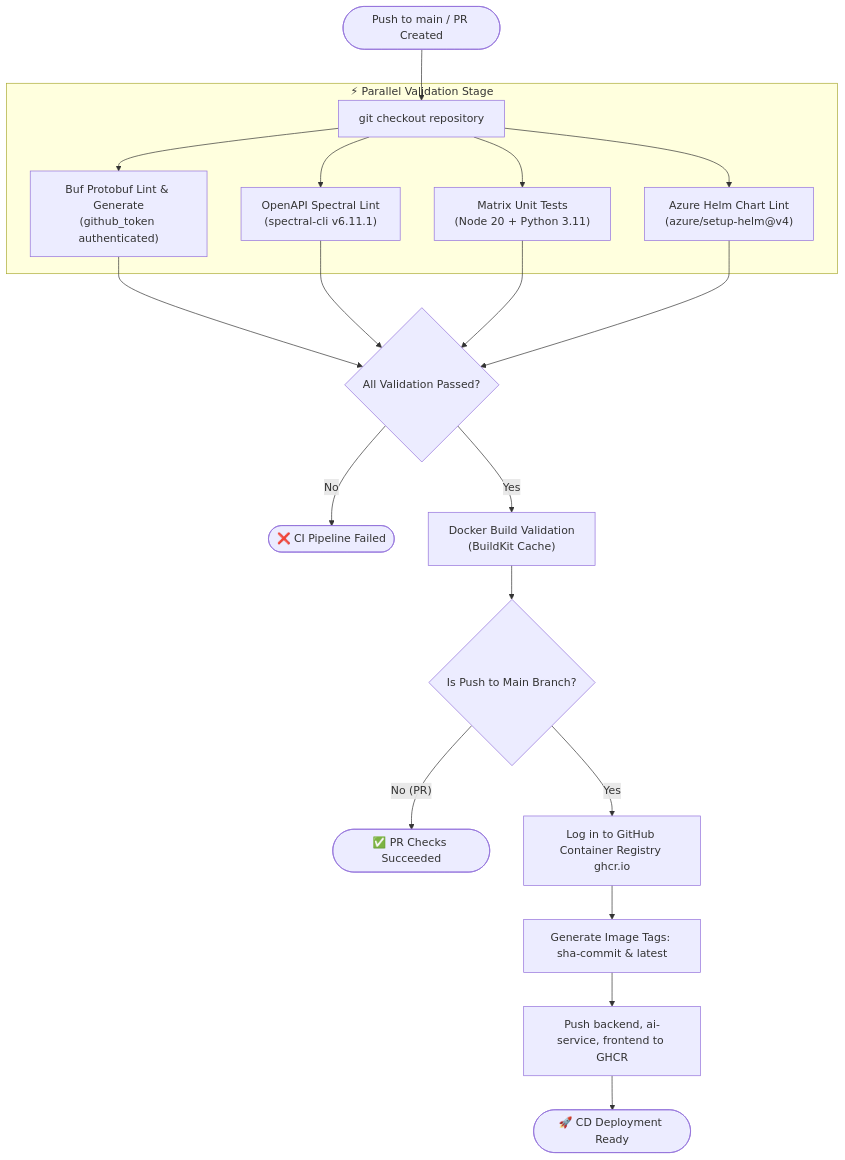
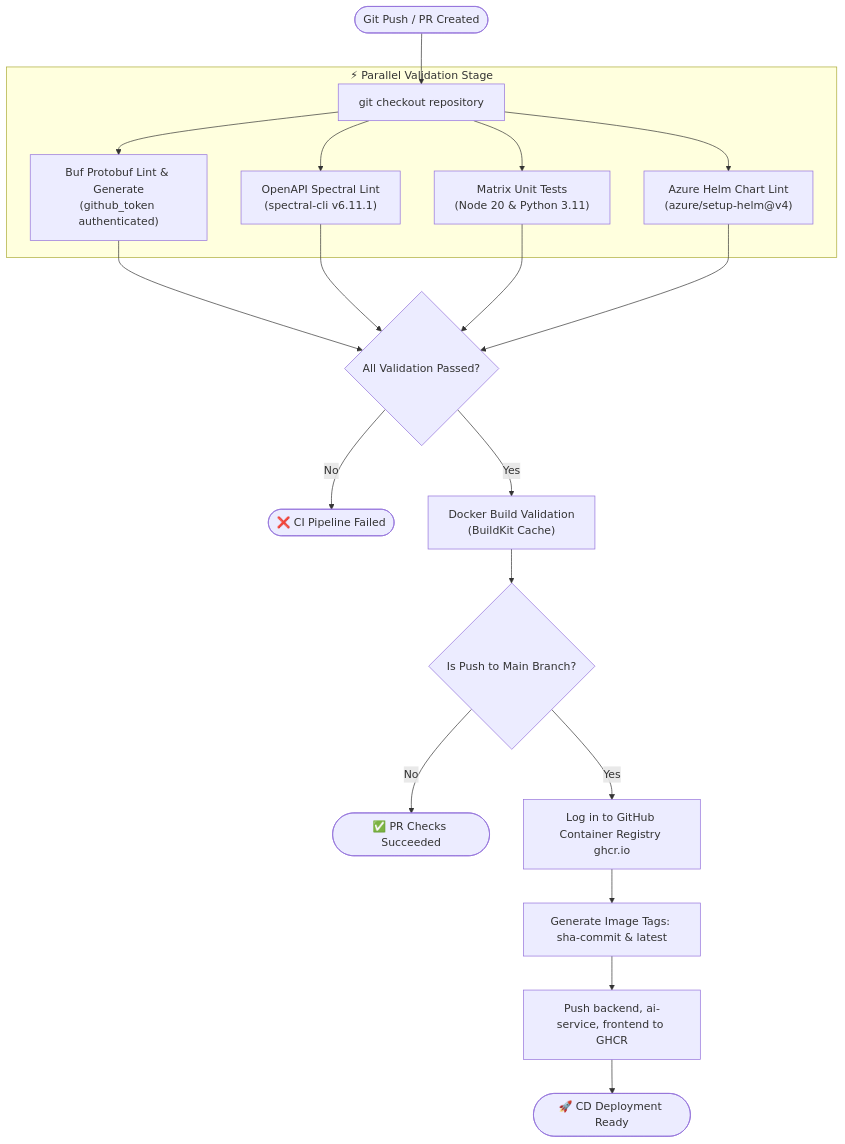
The sixth of 7 diagrams in PROJECT_DIAGRAMS_AND_ARCHITECTURE.md (9046balaji/bank-management-system), drawn with Mermaid before and after one commit. The commit also changed 2 other files, not shown here.

Commit message:
fix(docs): quote node labels and fix shape syntax in Mermaid diagrams for clean rendering

````diff
--- a/PROJECT_DIAGRAMS_AND_ARCHITECTURE.md
+++ b/PROJECT_DIAGRAMS_AND_ARCHITECTURE.md
@@ -325,28 +325,28 @@
 ```mermaid
 flowchart TD
-    Start([Push to main / PR Created]) --> Checkout[git checkout repository]
+    Start(["Git Push / PR Created"]) --> Checkout["git checkout repository"]
 
     subgraph ParallelValidation["⚡ Parallel Validation Stage"]
         Checkout --> ProtoLint["Buf Protobuf Lint & Generate<br/>(github_token authenticated)"]
         Checkout --> SpectralLint["OpenAPI Spectral Lint<br/>(spectral-cli v6.11.1)"]
-        Checkout --> MatrixTest["Matrix Unit Tests<br/>(Node 20 + Python 3.11)"]
+        Checkout --> MatrixTest["Matrix Unit Tests<br/>(Node 20 & Python 3.11)"]
         Checkout --> HelmLint["Azure Helm Chart Lint<br/>(azure/setup-helm@v4)"]
     end
 
-    ProtoLint --> AllValidated{All Validation Passed?}
+    ProtoLint --> AllValidated{"All Validation Passed?"}
     SpectralLint --> AllValidated
     MatrixTest --> AllValidated
     HelmLint --> AllValidated
 
-    AllValidated -- No --> FailCI([❌ CI Pipeline Failed])
+    AllValidated -- No --> FailCI(["❌ CI Pipeline Failed"])
     AllValidated -- Yes --> DockerBuild["Docker Build Validation<br/>(BuildKit Cache)"]
 
-    DockerBuild --> IsMainBranch{Is Push to Main Branch?}
+    DockerBuild --> IsMainBranch{"Is Push to Main Branch?"}
 
-    IsMainBranch -- No (PR) --> SuccessPR([✅ PR Checks Succeeded])
-    IsMainBranch -- Yes --> LoginGHCR[Log in to GitHub Container Registry ghcr.io]
+    IsMainBranch -- No --> SuccessPR(["✅ PR Checks Succeeded"])
+    IsMainBranch -- Yes --> LoginGHCR["Log in to GitHub Container Registry ghcr.io"]
 
-    LoginGHCR --> TagImages[Generate Image Tags: sha-commit & latest]
-    TagImages --> PushImages[Push backend, ai-service, frontend to GHCR]
-    PushImages --> SuccessCD([🚀 CD Deployment Ready])
+    LoginGHCR --> TagImages["Generate Image Tags: sha-commit & latest"]
+    TagImages --> PushImages["Push backend, ai-service, frontend to GHCR"]
+    PushImages --> SuccessCD(["🚀 CD Deployment Ready"])
 ```
````
